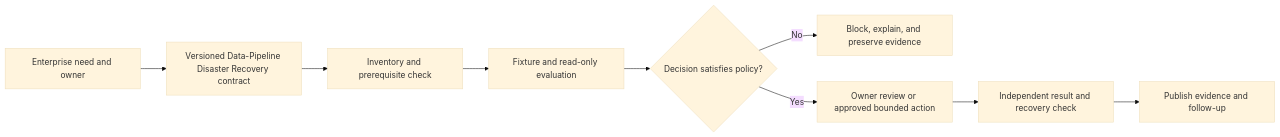
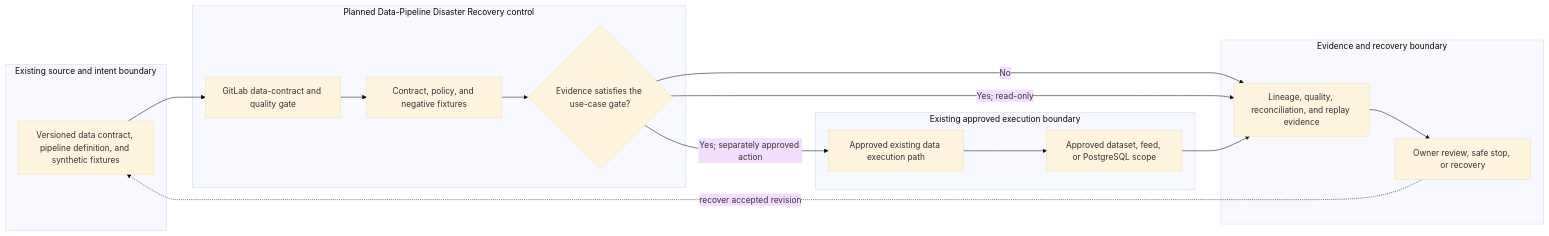
The diagram in docs/use-cases/data/UC-DATA-024-data-pipeline-disaster-recovery.md (MIDHTECH/enterprise-architecture-docs), drawn with Mermaid (base theme) before and after one commit. The commit also changed other lines of this file and 227 other files, not shown here.

Commit message:
Deepen architecture for all use case designs

````diff
--- a/docs/use-cases/data/UC-DATA-024-data-pipeline-disaster-recovery.md
+++ b/docs/use-cases/data/UC-DATA-024-data-pipeline-disaster-recovery.md
@@ -136,11 +129,25 @@
 ```mermaid
 flowchart LR
-    Need["Enterprise need and owner"] --> Contract["Versioned Data-Pipeline Disaster Recovery contract"]
-    Contract --> Preflight["Inventory and prerequisite check"]
-    Preflight --> Evaluate["Fixture and read-only evaluation"]
-    Evaluate --> Decision{"Decision satisfies policy?"}
-    Decision -->|No| Stop["Block, explain, and preserve evidence"]
-    Decision -->|Yes| Review["Owner review or approved bounded action"]
-    Review --> Verify["Independent result and recovery check"]
-    Verify --> Publish["Publish evidence and follow-up"]
+    subgraph Source["Existing source and intent boundary"]
+        A["Versioned data contract, pipeline definition, and synthetic fixtures"]
+    end
+    subgraph Planned["Planned Data-Pipeline Disaster Recovery control"]
+        B["GitLab data-contract and quality gate"]
+        C["Contract, policy, and negative fixtures"]
+        D{"Evidence satisfies the use-case gate?"}
+    end
+    subgraph Runtime["Existing approved execution boundary"]
+        E["Approved existing data execution path"]
+        F["Approved dataset, feed, or PostgreSQL scope"]
+    end
+    subgraph Assurance["Evidence and recovery boundary"]
+        G["Lineage, quality, reconciliation, and replay evidence"]
+        H["Owner review, safe stop, or recovery"]
+    end
+
+    A --> B --> C --> D
+    D -->|No| G --> H
+    D -->|Yes; read-only| G
+    D -->|Yes; separately approved action| E --> F --> G
+    H -. recover accepted revision .-> A
 ```
````
